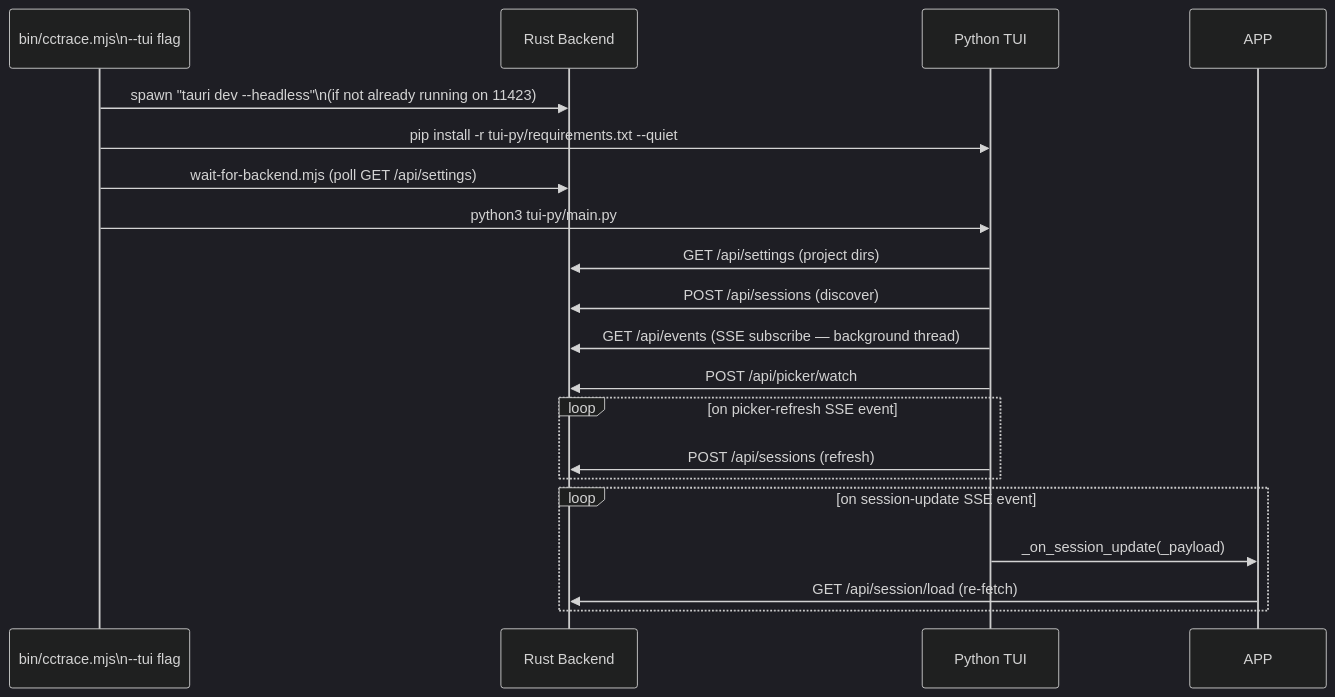
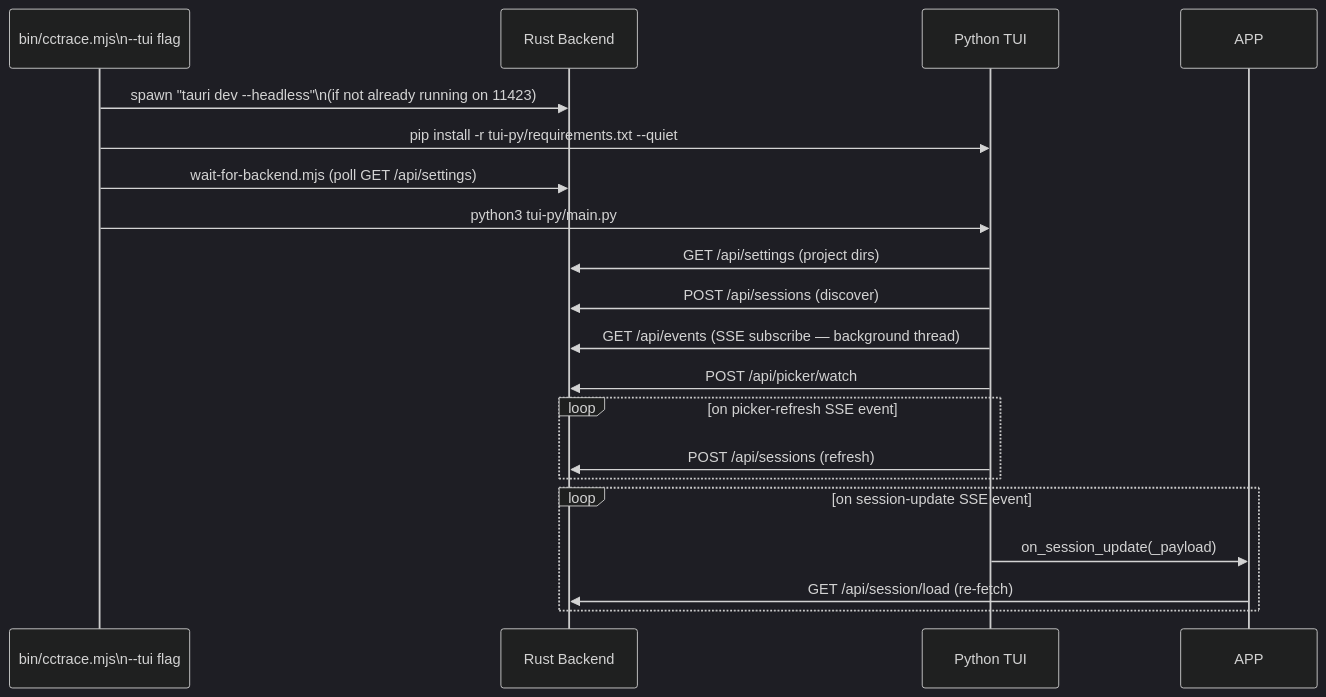
One commit to delexw/claude-code-trace changed the second of 12 diagrams in specs/06-tui.md. Above: the diagram before and after it, drawn with Mermaid (dark theme). The commit also changed other lines of this file and 63 other files, not shown here.

````diff
--- a/specs/06-tui.md
+++ b/specs/06-tui.md
@@ -50,25 +55,25 @@
 ```mermaid
 sequenceDiagram
     participant BIN as bin/cctrace.mjs\n--tui flag
     participant BE as Rust Backend
     participant TUI as Python TUI
 
     BIN ->> BE: spawn "tauri dev --headless"\n(if not already running on 11423)
     BIN ->> TUI: pip install -r tui-py/requirements.txt --quiet
     BIN ->> BE: wait-for-backend.mjs (poll GET /api/settings)
     BIN ->> TUI: python3 tui-py/main.py
 
     TUI ->> BE: GET /api/settings (project dirs)
     TUI ->> BE: POST /api/sessions (discover)
     TUI ->> BE: GET /api/events (SSE subscribe — background thread)
     TUI ->> BE: POST /api/picker/watch
 
     loop on picker-refresh SSE event
         TUI ->> BE: POST /api/sessions (refresh)
     end
 
     loop on session-update SSE event
-        TUI ->> APP: _on_session_update(_payload)
+        TUI ->> APP: on_session_update(_payload)
         APP ->> BE: GET /api/session/load (re-fetch)
     end
 ```
````
